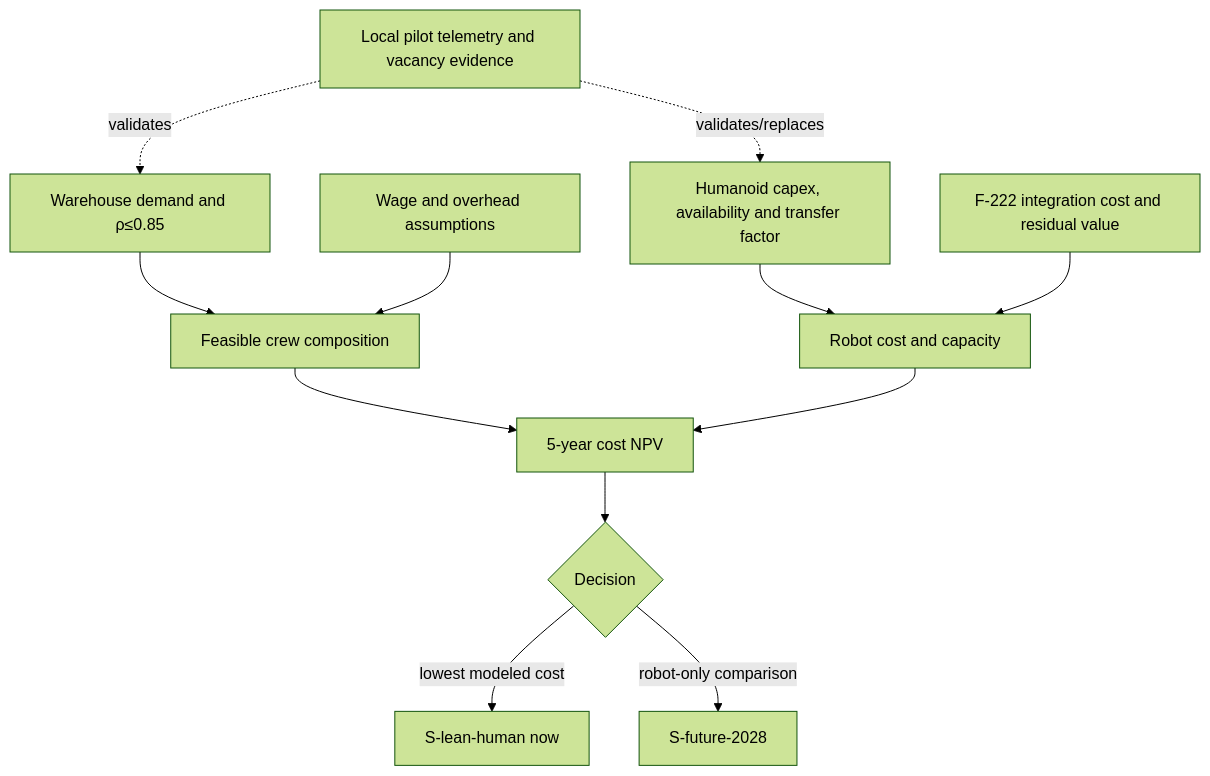
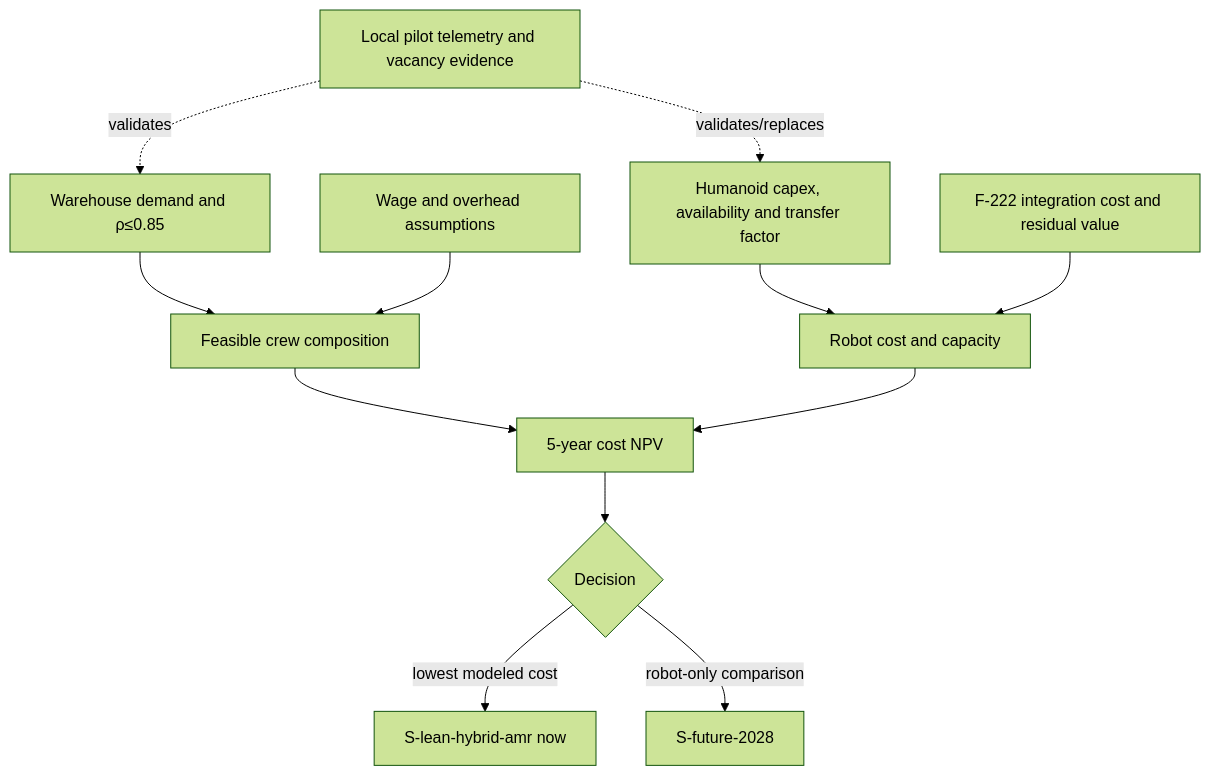
One commit to RafaelBraga-Kribitz/warehouse_humanoid_tco changed the second of 2 diagrams in docs/data_lineage.md. Above: the diagram before and after it, drawn with Mermaid (forest theme). The commit also changed 44 other files, not shown here.

First line of the commit message:
F-241: Promote the frontier-optimal lean mixed crew to a published scenario and make chart 09 informative (#60)

````diff
--- a/docs/data_lineage.md
+++ b/docs/data_lineage.md
@@ -45,14 +45,14 @@
 ```mermaid
 flowchart TD
     D["Warehouse demand and ρ≤0.85"] --> C["Feasible crew composition"]
     W["Wage and overhead assumptions"] --> C
     X["Humanoid capex, availability and transfer factor"] --> R["Robot cost and capacity"]
     I["F-222 integration cost and residual value"] --> R
     C --> N["5-year cost NPV"]
     R --> N
     N --> K{"Decision"}
-    K -->|"lowest modeled cost"| L["S-lean-human now"]
+    K -->|"lowest modeled cost"| L["S-lean-hybrid-amr now"]
     K -->|"robot-only comparison"| F["S-future-2028"]
     V["Local pilot telemetry and vacancy evidence"] -. validates/replaces .-> X
     V -. validates .-> D
 ```
````
